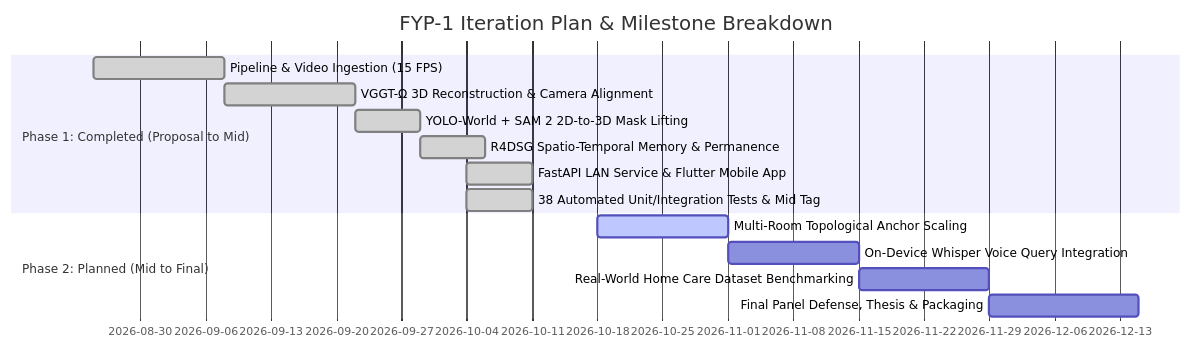
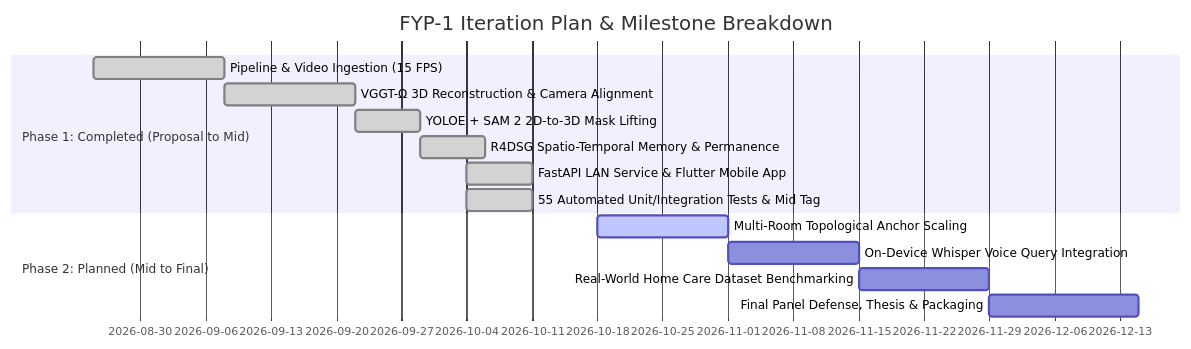
Before and after one commit to fez-Ox/aegis: the first of 3 diagrams in docs/fyp1_mid_defense_dossier.md, drawn with Mermaid. The commit also changed other lines of this file and 23 other files, not shown here.

````diff
--- a/docs/fyp1_mid_defense_dossier.md
+++ b/docs/fyp1_mid_defense_dossier.md
@@ -44,17 +44,17 @@
 ```mermaid
 gantt
     title FYP-1 Iteration Plan & Milestone Breakdown
     dateFormat  YYYY-MM-DD
     section Phase 1: Completed (Proposal to Mid)
     Pipeline & Video Ingestion (15 FPS)          :done, s1, 2026-08-25, 2026-09-08
     VGGT-Ω 3D Reconstruction & Camera Alignment  :done, s2, 2026-09-08, 2026-09-22
-    YOLO-World + SAM 2 2D-to-3D Mask Lifting     :done, s3, 2026-09-22, 2026-09-29
+    YOLOE + SAM 2 2D-to-3D Mask Lifting         :done, s3, 2026-09-22, 2026-09-29
     R4DSG Spatio-Temporal Memory & Permanence     :done, s4, 2026-09-29, 2026-10-06
     FastAPI LAN Service & Flutter Mobile App     :done, s5, 2026-10-04, 2026-10-11
-    38 Automated Unit/Integration Tests & Mid Tag:done, s6, 2026-10-04, 2026-10-11
+    55 Automated Unit/Integration Tests & Mid Tag:done, s6, 2026-10-04, 2026-10-11
     section Phase 2: Planned (Mid to Final)
     Multi-Room Topological Anchor Scaling        :active, s7, 2026-10-18, 2026-11-01
     On-Device Whisper Voice Query Integration    :s8, 2026-11-01, 2026-11-15
     Real-World Home Care Dataset Benchmarking    :s9, 2026-11-15, 2026-11-29
     Final Panel Defense, Thesis & Packaging      :s10, 2026-11-29, 2026-12-15
 ```
````
